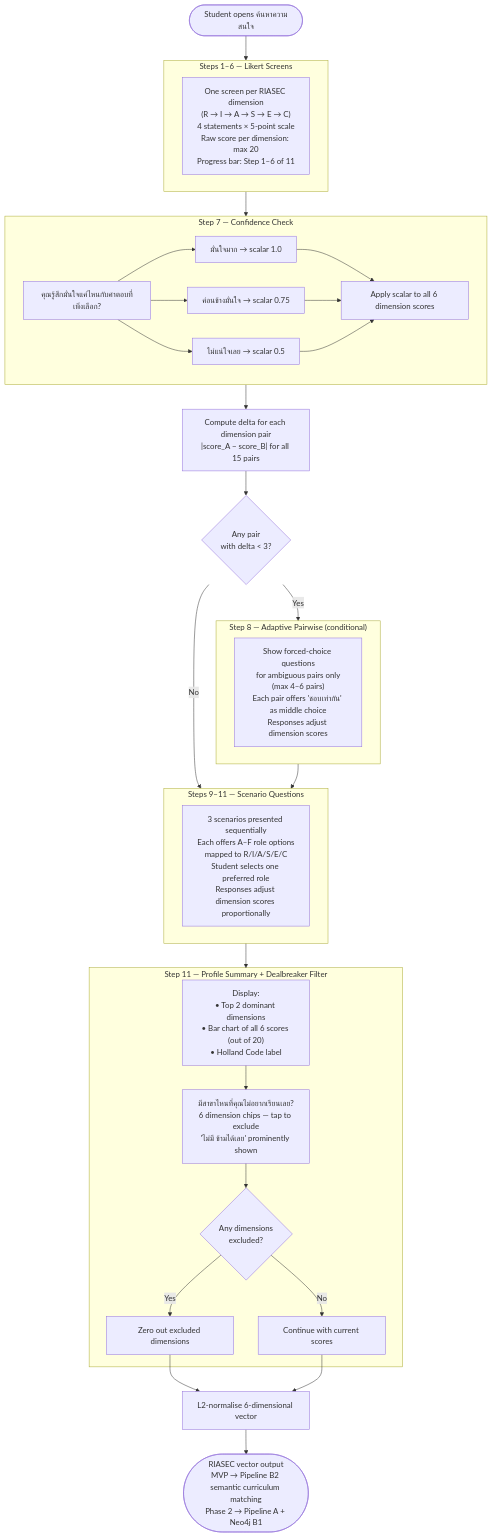
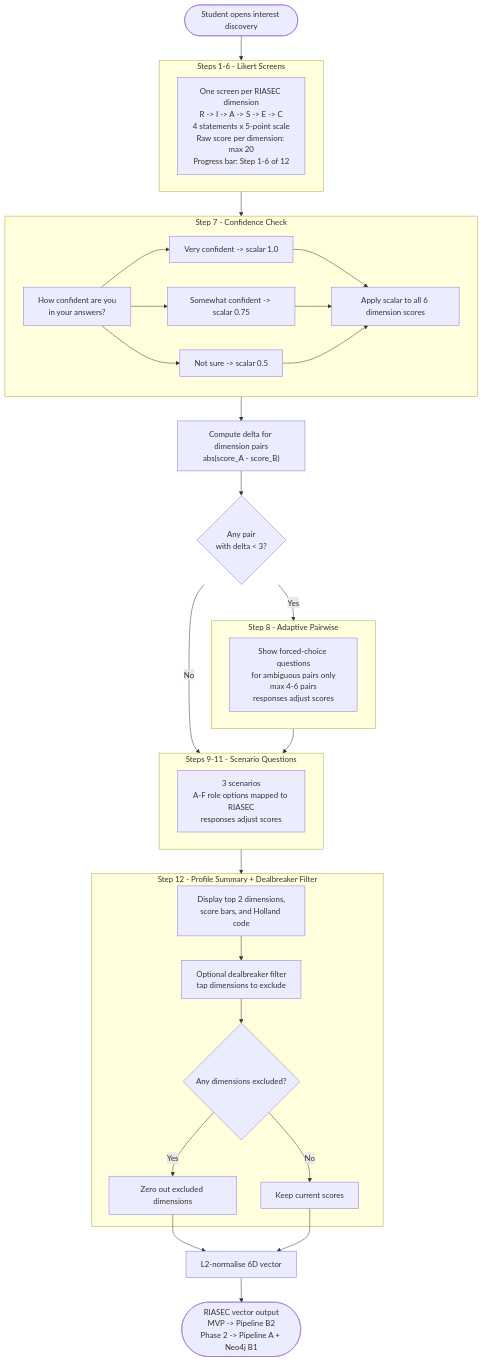
One commit to tarothanawat/SRS-KUru changed the sixth of 7 diagrams in DIAGRAMS.md. Above: the diagram before and after it, drawn with Mermaid. The commit also changed other lines of this file and 12 other files, not shown here.

First line of the commit message:
Refine software architecture documentation and update evaluation metrics

````diff
--- a/DIAGRAMS.md
+++ b/DIAGRAMS.md
@@ -276,55 +293,54 @@
 ```mermaid
 flowchart TD
-    START(["Student opens ค้นหาความสนใจ"])
+    START(["Student opens interest discovery"])
 
-    subgraph LIKERT["Steps 1–6 — Likert Screens"]
-        L["One screen per RIASEC dimension<br/>(R → I → A → S → E → C)<br/>4 statements × 5-point scale<br/>Raw score per dimension: max 20<br/>Progress bar: Step 1–6 of 11"]
+    subgraph LIKERT["Steps 1-6 - Likert Screens"]
+        L["One screen per RIASEC dimension<br/>R -> I -> A -> S -> E -> C<br/>4 statements x 5-point scale<br/>Raw score per dimension: max 20<br/>Progress bar: Step 1-6 of 12"]
     end
 
-    subgraph CONFIDENCE["Step 7 — Confidence Check"]
-        C["คุณรู้สึกมั่นใจแค่ไหนกับคำตอบที่เพิ่งเลือก?"]
-        C1["มั่นใจมาก → scalar 1.0"]
-        C2["ค่อนข้างมั่นใจ → scalar 0.75"]
-        C3["ไม่แน่ใจเลย → scalar 0.5"]
+    subgraph CONFIDENCE["Step 7 - Confidence Check"]
+        C["How confident are you<br/>in your answers?"]
+        C1["Very confident -> scalar 1.0"]
+        C2["Somewhat confident -> scalar 0.75"]
+        C3["Not sure -> scalar 0.5"]
         C --> C1 & C2 & C3
         C1 & C2 & C3 --> SCALED["Apply scalar to all 6 dimension scores"]
     end
 
-    DELTA["Compute delta for each dimension pair<br/>|score_A − score_B| for all 15 pairs"]
-
+    DELTA["Compute delta for dimension pairs<br/>abs(score_A - score_B)"]
     AMBIG{"Any pair<br/>with delta < 3?"}
 
-    subgraph PAIRWISE["Step 8 — Adaptive Pairwise (conditional)"]
-        P["Show forced-choice questions<br/>for ambiguous pairs only<br/>(max 4–6 pairs)<br/>Each pair offers 'ชอบเท่ากัน' as middle choice<br/>Responses adjust dimension scores"]
+    subgraph PAIRWISE["Step 8 - Adaptive Pairwise"]
+        P["Show forced-choice questions<br/>for ambiguous pairs only<br/>max 4-6 pairs<br/>responses adjust scores"]
     end
 
-    subgraph SCENARIOS["Steps 9–11 — Scenario Questions"]
-        S["3 scenarios presented sequentially<br/>Each offers A–F role options<br/>mapped to R/I/A/S/E/C<br/>Student selects one preferred role<br/>Responses adjust dimension scores proportionally"]
+    subgraph SCENARIOS["Steps 9-11 - Scenario Questions"]
+        S["3 scenarios<br/>A-F role options mapped to RIASEC<br/>responses adjust scores"]
     end
 
-    subgraph SUMMARY["Step 11 — Profile Summary + Dealbreaker Filter"]
-        SUM["Display:<br/>• Top 2 dominant dimensions<br/>• Bar chart of all 6 scores (out of 20)<br/>• Holland Code label"]
-        DB["มีสาขาไหนที่คุณไม่อยากเรียนเลย?<br/>6 dimension chips — tap to exclude<br/>'ไม่มี ข้ามได้เลย' prominently shown"]
-        EXCL{"Any dimensions<br/>excluded?"}
+    subgraph SUMMARY["Step 12 - Profile Summary + Dealbreaker Filter"]
+        SUM["Display top 2 dimensions,<br/>score bars, and Holland code"]
+        DB["Optional dealbreaker filter<br/>tap dimensions to exclude"]
+        EXCL{"Any dimensions excluded?"}
         ZERO["Zero out excluded dimensions"]
-        KEEP["Continue with current scores"]
+        KEEP["Keep current scores"]
         SUM --> DB --> EXCL
         EXCL -->|"Yes"| ZERO
         EXCL -->|"No"| KEEP
     end
 
-    NORM["L2-normalise 6-dimensional vector"]
-    OUTPUT(["RIASEC vector output<br/>MVP → Pipeline B2 semantic curriculum matching<br/>Phase 2 → Pipeline A + Neo4j B1"])
+    NORM["L2-normalise 6D vector"]
+    OUTPUT(["RIASEC vector output<br/>MVP -> Pipeline B2<br/>Phase 2 -> Pipeline A + Neo4j B1"])
 
     START --> LIKERT
     LIKERT --> CONFIDENCE
     CONFIDENCE --> DELTA
     DELTA --> AMBIG
     AMBIG -->|"Yes"| PAIRWISE
     AMBIG -->|"No"| SCENARIOS
     PAIRWISE --> SCENARIOS
     SCENARIOS --> SUMMARY
     ZERO --> NORM
     KEEP --> NORM
     NORM --> OUTPUT
 ```
````
